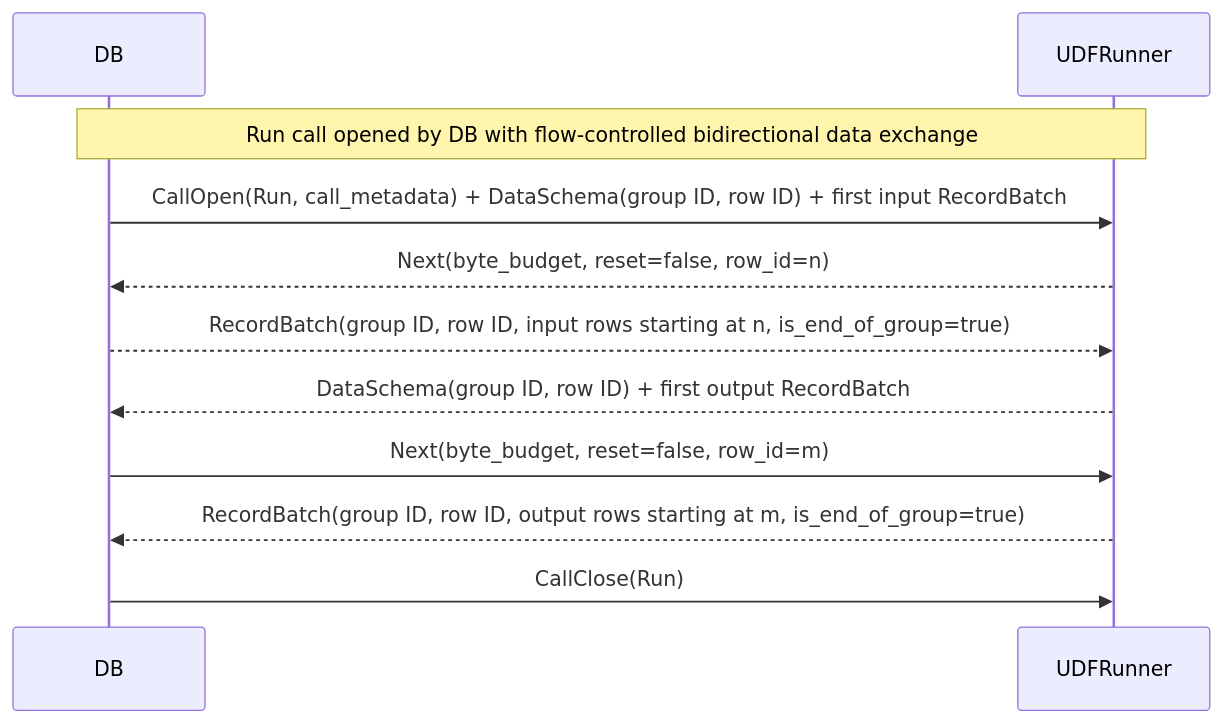
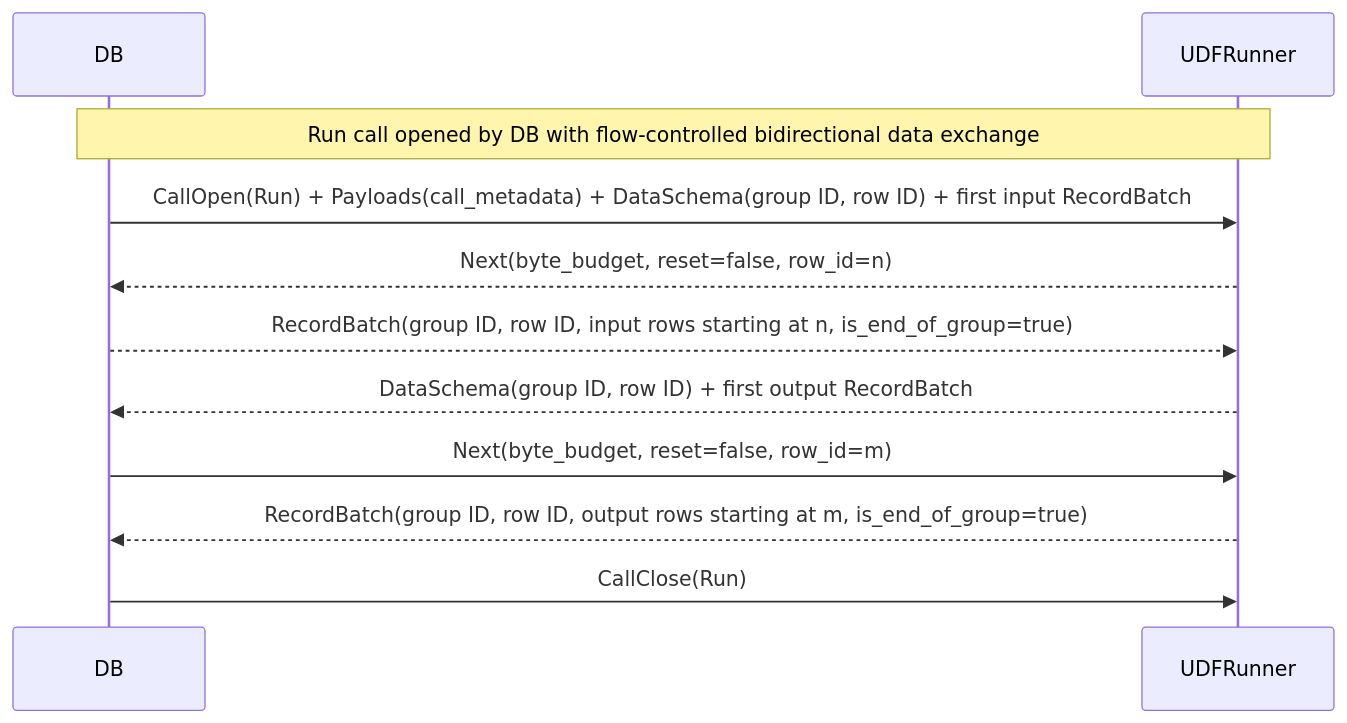
The diagram in doc/design/v2/udf_protocol_high_level_run_sequence.mmd (exasol/udf-runner-cpp), drawn with Mermaid before and after one commit. The commit also changed 14 other files, not shown here.

```diff
--- a/doc/design/v2/udf_protocol_high_level_run_sequence.mmd
+++ b/doc/design/v2/udf_protocol_high_level_run_sequence.mmd
@@ -1,13 +1,13 @@
 sequenceDiagram
     participant DB
     participant UDFRunner
 
     Note over DB,UDFRunner: Run call opened by DB with flow-controlled bidirectional data exchange
 
-    DB->>UDFRunner: CallOpen(Run, call_metadata) + DataSchema(group ID, row ID) + first input RecordBatch
+    DB->>UDFRunner: CallOpen(Run) + Payloads(call_metadata) + DataSchema(group ID, row ID) + first input RecordBatch
     UDFRunner-->>DB: Next(byte_budget, reset=false, row_id=n)
     DB-->>UDFRunner: RecordBatch(group ID, row ID, input rows starting at n, is_end_of_group=true)
     UDFRunner-->>DB: DataSchema(group ID, row ID) + first output RecordBatch
     DB->>UDFRunner: Next(byte_budget, reset=false, row_id=m)
     UDFRunner-->>DB: RecordBatch(group ID, row ID, output rows starting at m, is_end_of_group=true)
     DB->>UDFRunner: CallClose(Run)
```
